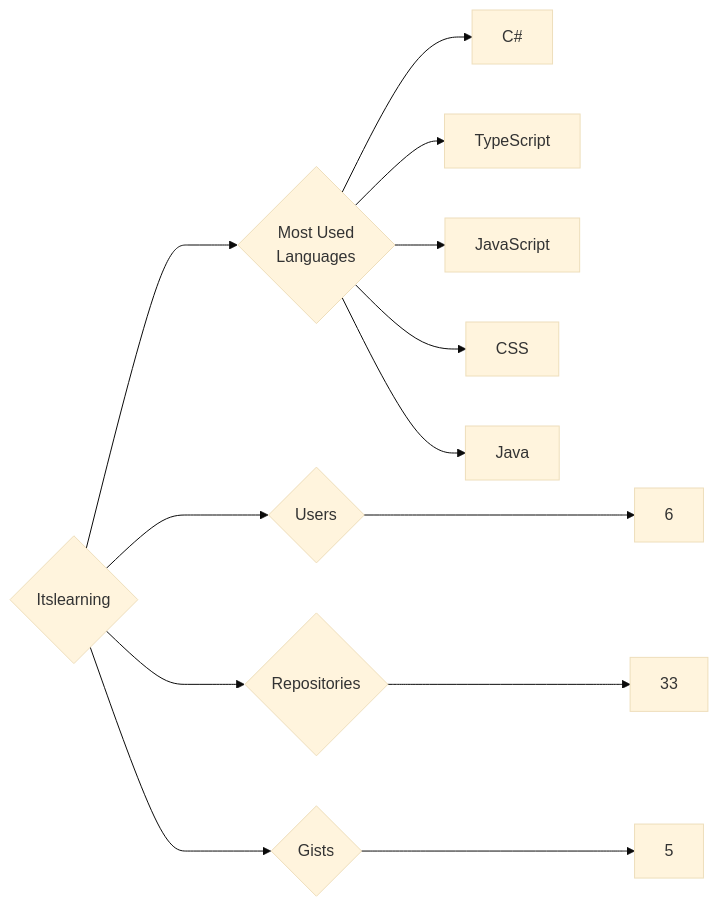
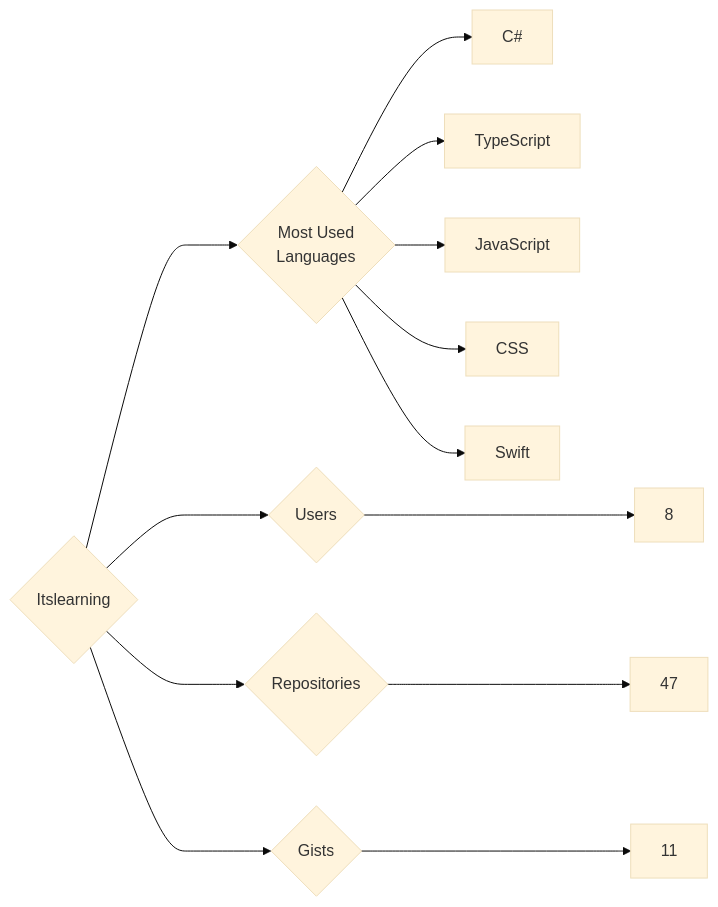
Before and after one commit to trickest/insiders: the diagram in targets/Itslearning/README.md, drawn with Mermaid (base theme). The commit also changed 1148 other files, not shown here.

````diff
--- a/targets/Itslearning/README.md
+++ b/targets/Itslearning/README.md
@@ -3,13 +3,13 @@
 ```mermaid
 graph LR
 COMPANY_NAME{Itslearning}
-COMPANY_NAME ---> U{Users} ---> UN[6]
-COMPANY_NAME ---> R{Repositories} ---> RN[33]
-COMPANY_NAME ---> G{Gists} ---> GN[5]
+COMPANY_NAME ---> U{Users} ---> UN[8]
+COMPANY_NAME ---> R{Repositories} ---> RN[47]
+COMPANY_NAME ---> G{Gists} ---> GN[11]
 COMPANY_NAME ---> ML{Most Used<br>Languages}
 ML --> C#[C#]
 ML --> TypeScript[TypeScript]
 ML --> JavaScript[JavaScript]
 ML --> CSS[CSS]
-ML --> Java[Java]
+ML --> Swift[Swift]
 ```
````
